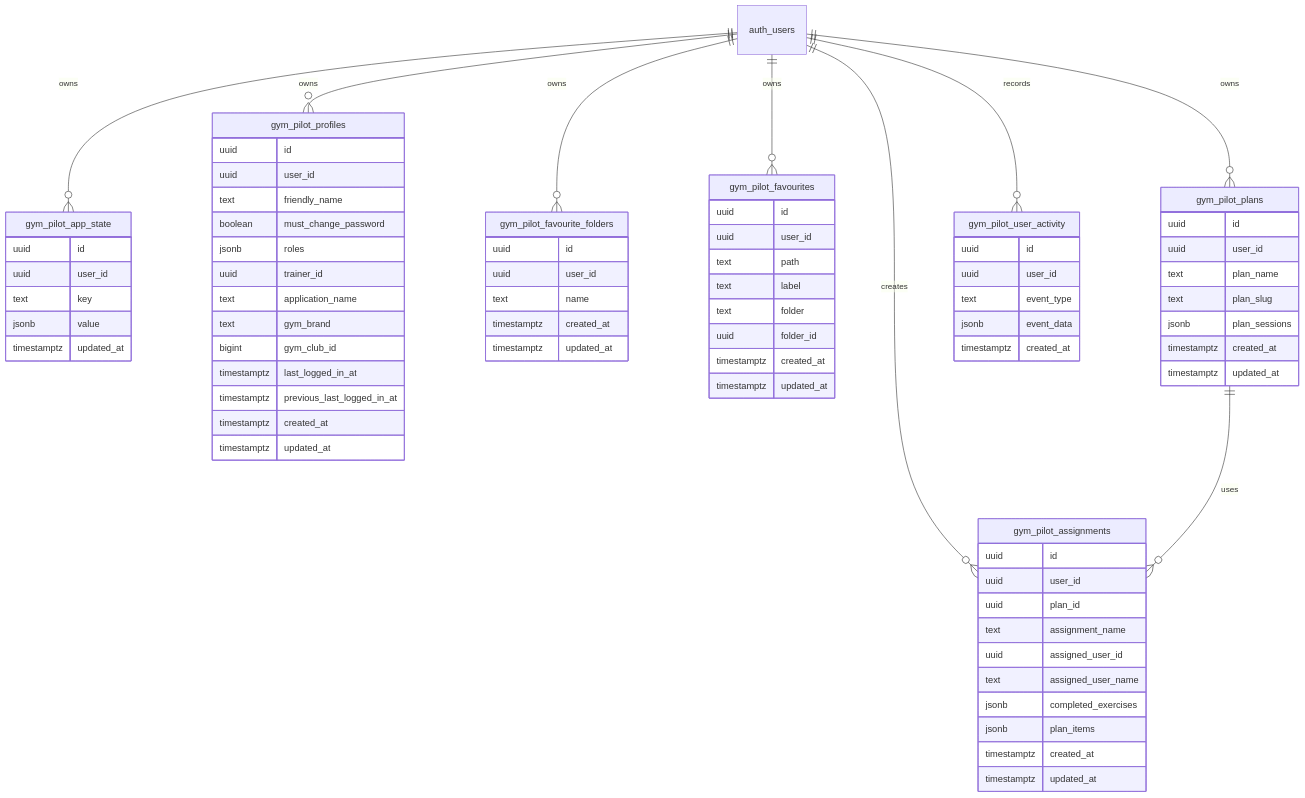
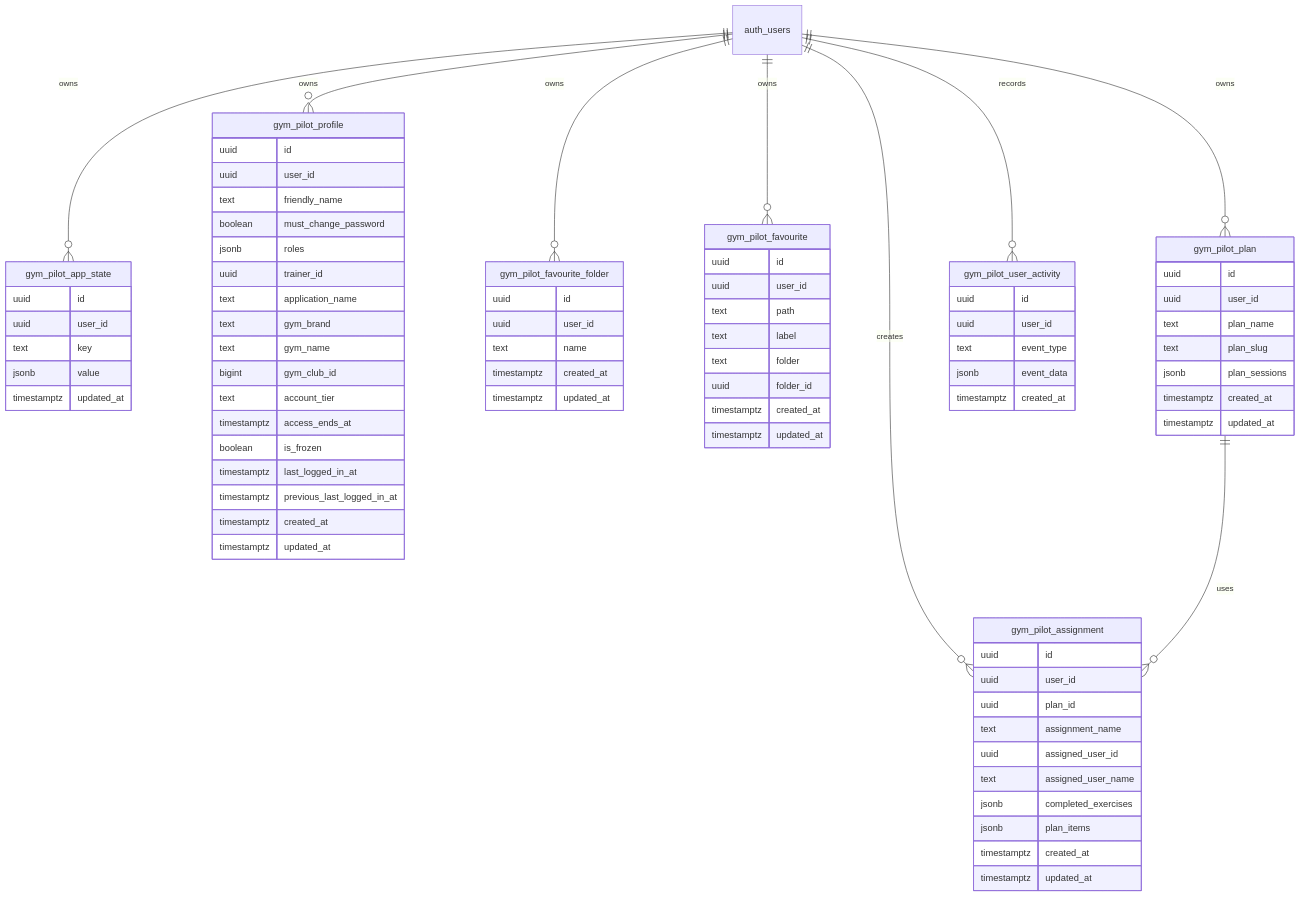
The diagram in docs/data-schema.md (asudbury/gym-pilot), drawn with Mermaid before and after one commit. The commit also changed other lines of this file and 11 other files, not shown here.

````diff
--- a/docs/data-schema.md
+++ b/docs/data-schema.md
@@ -112,13 +112,13 @@
 ```mermaid
 erDiagram
     auth_users ||--o{ gym_pilot_app_state : owns
-    auth_users ||--o{ gym_pilot_profiles : owns
-    auth_users ||--o{ gym_pilot_favourite_folders : owns
-    auth_users ||--o{ gym_pilot_favourites : owns
-    auth_users ||--o{ gym_pilot_plans : owns
-    auth_users ||--o{ gym_pilot_assignments : creates
+    auth_users ||--o{ gym_pilot_profile : owns
+    auth_users ||--o{ gym_pilot_favourite_folder : owns
+    auth_users ||--o{ gym_pilot_favourite : owns
+    auth_users ||--o{ gym_pilot_plan : owns
+    auth_users ||--o{ gym_pilot_assignment : creates
     auth_users ||--o{ gym_pilot_user_activity : records
-    gym_pilot_plans ||--o{ gym_pilot_assignments : uses
+    gym_pilot_plan ||--o{ gym_pilot_assignment : uses
 
     gym_pilot_app_state {
         uuid id
@@ -128,7 +128,7 @@
         timestamptz updated_at
     }
 
-    gym_pilot_profiles {
+    gym_pilot_profile {
         uuid id
         uuid user_id
         text friendly_name
@@ -137,14 +137,18 @@
         uuid trainer_id
         text application_name
         text gym_brand
+        text gym_name
         bigint gym_club_id
+        text account_tier
+        timestamptz access_ends_at
+        boolean is_frozen
         timestamptz last_logged_in_at
         timestamptz previous_last_logged_in_at
         timestamptz created_at
         timestamptz updated_at
     }
 
-    gym_pilot_favourite_folders {
+    gym_pilot_favourite_folder {
         uuid id
         uuid user_id
         text name
@@ -152,7 +156,7 @@
         timestamptz updated_at
     }
 
-    gym_pilot_favourites {
+    gym_pilot_favourite {
         uuid id
         uuid user_id
         text path
@@ -163,7 +167,7 @@
         timestamptz updated_at
     }
 
-    gym_pilot_plans {
+    gym_pilot_plan {
         uuid id
         uuid user_id
         text plan_name
@@ -173,7 +177,7 @@
         timestamptz updated_at
     }
 
-    gym_pilot_assignments {
+    gym_pilot_assignment {
         uuid id
         uuid user_id
         uuid plan_id
````
